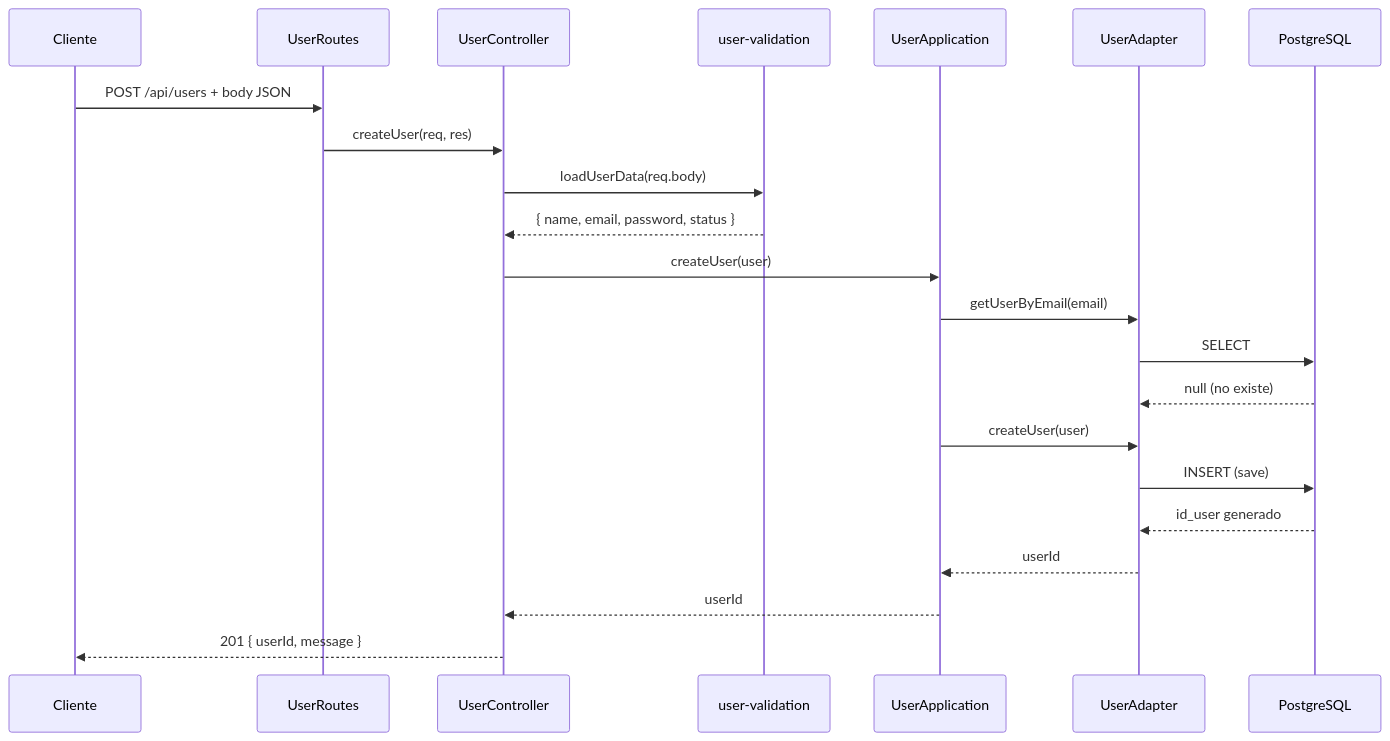
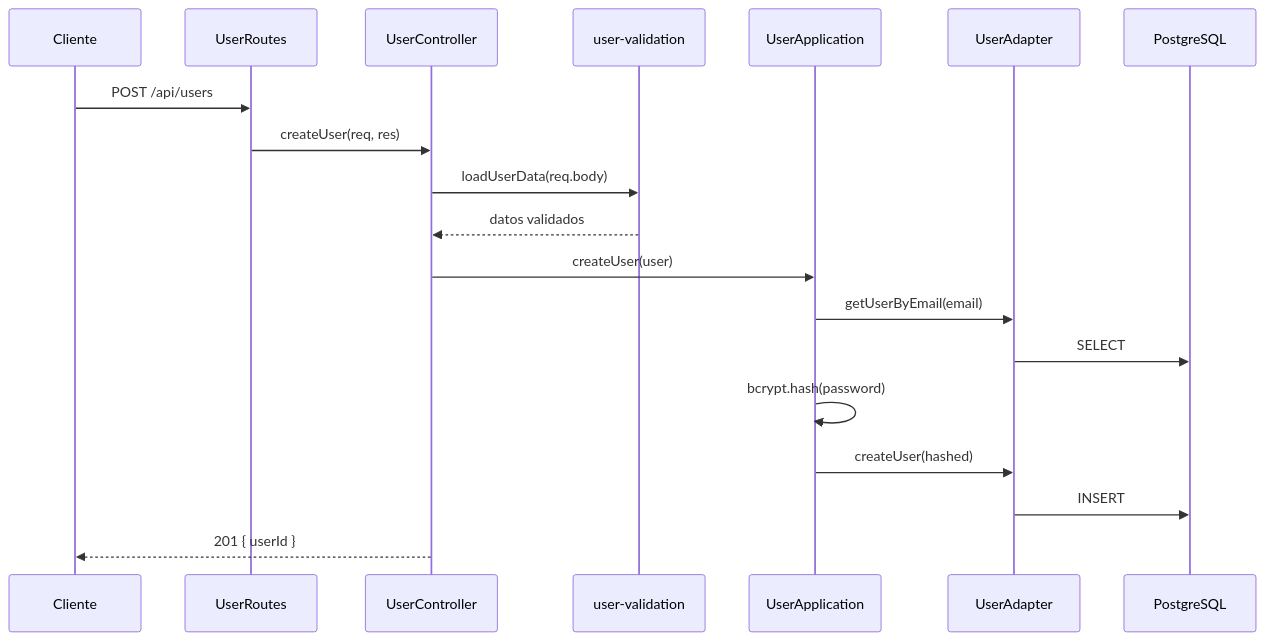
The second of 4 diagrams in backend/ARQUITECTURA.md (Steven-R78/EcoPoint), drawn with Mermaid before and after one commit. The commit also changed other lines of this file and 1 other file, not shown here.

````diff
--- a/backend/ARQUITECTURA.md
+++ b/backend/ARQUITECTURA.md
@@ -140,25 +175,22 @@
 ```mermaid
 sequenceDiagram
     participant Cliente
     participant Routes as UserRoutes
     participant Ctrl as UserController
     participant Joi as user-validation
     participant App as UserApplication
     participant Adapter as UserAdapter
     participant DB as PostgreSQL
 
-    Cliente->>Routes: POST /api/users + body JSON
+    Cliente->>Routes: POST /api/users
     Routes->>Ctrl: createUser(req, res)
     Ctrl->>Joi: loadUserData(req.body)
-    Joi-->>Ctrl: { name, email, password, status }
+    Joi-->>Ctrl: datos validados
     Ctrl->>App: createUser(user)
     App->>Adapter: getUserByEmail(email)
     Adapter->>DB: SELECT
-    DB-->>Adapter: null (no existe)
-    App->>Adapter: createUser(user)
-    Adapter->>DB: INSERT (save)
-    DB-->>Adapter: id_user generado
-    Adapter-->>App: userId
-    App-->>Ctrl: userId
-    Ctrl-->>Cliente: 201 { userId, message }
+    App->>App: bcrypt.hash(password)
+    App->>Adapter: createUser(hashed)
+    Adapter->>DB: INSERT
+    Ctrl-->>Cliente: 201 { userId }
 ```
````
